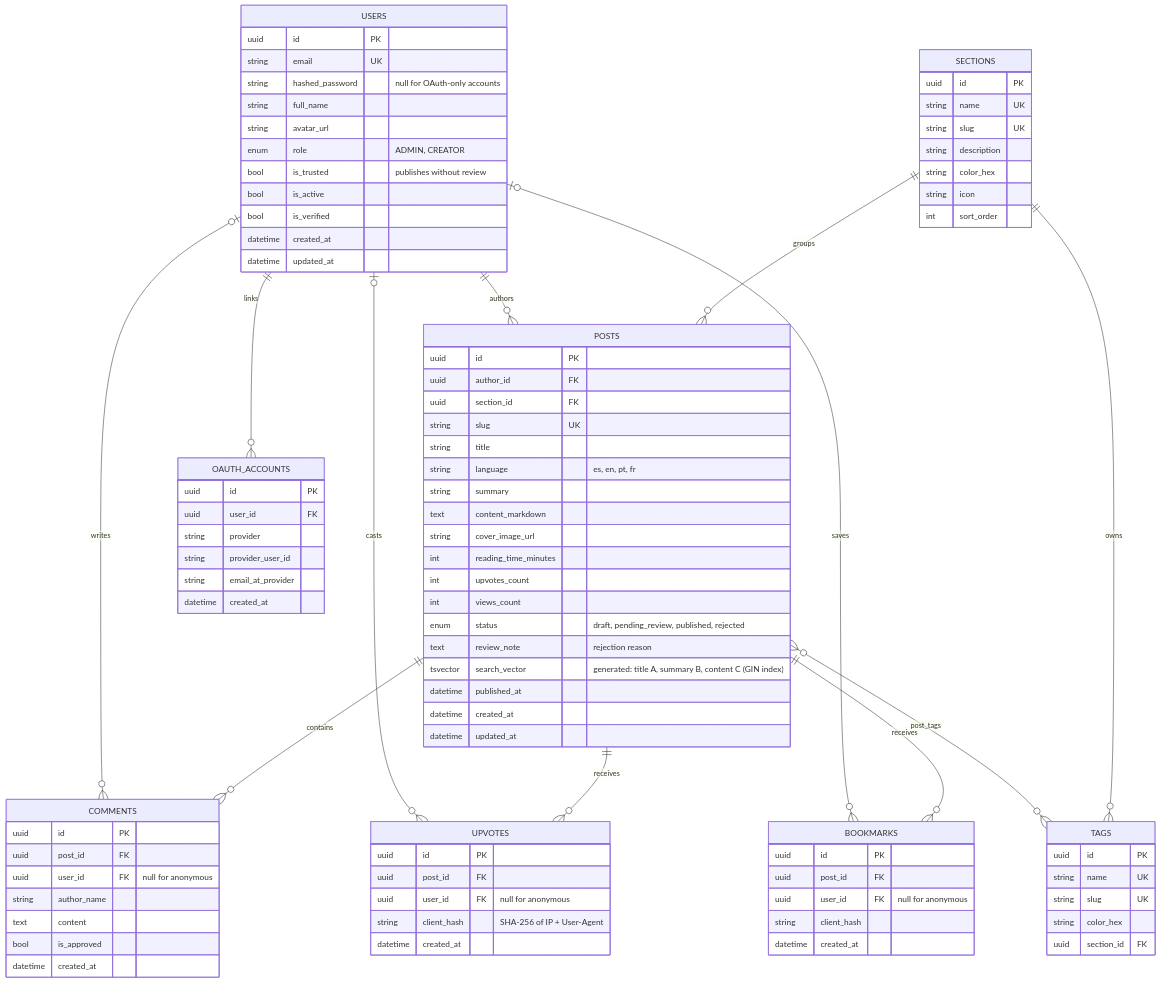
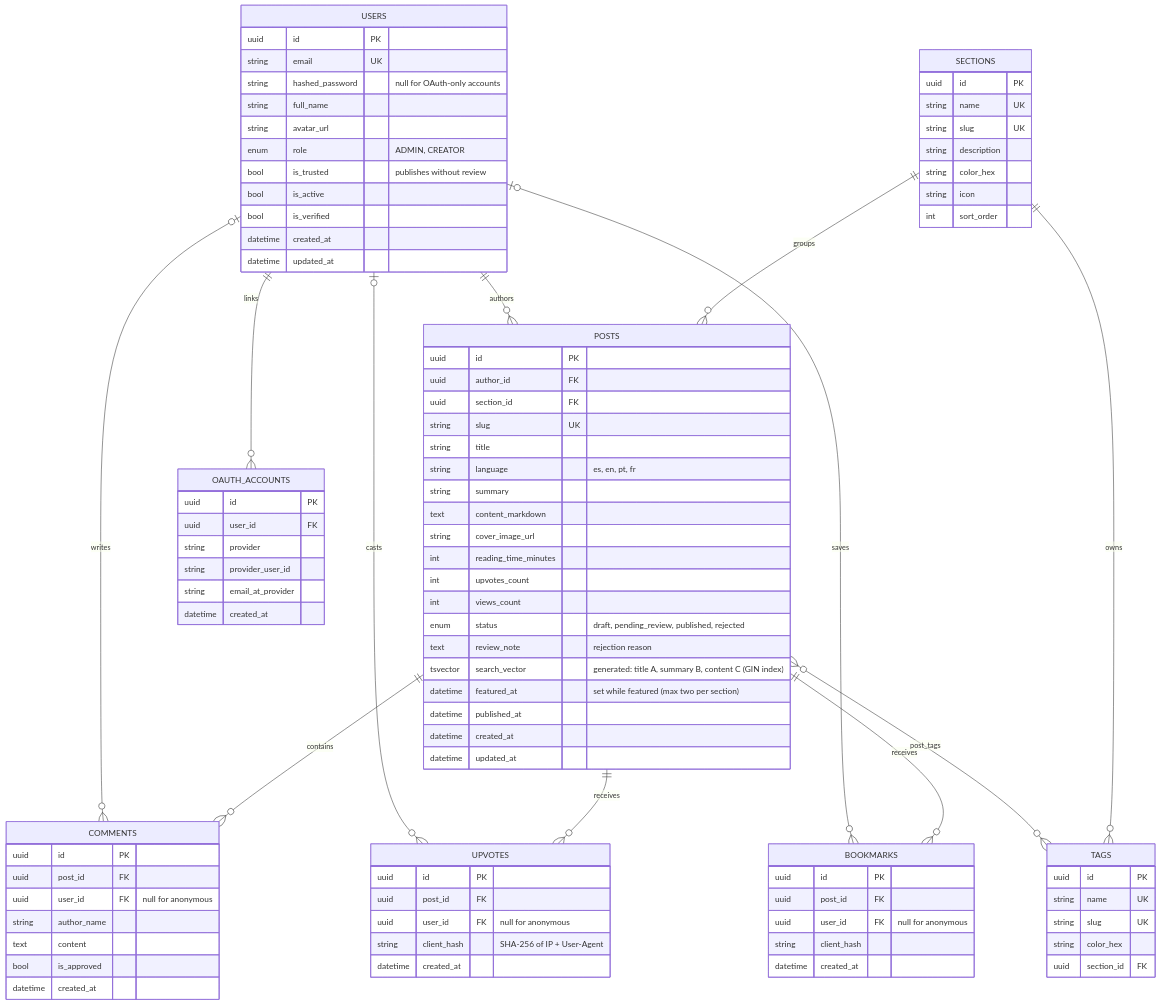
Before and after one commit to AnthoRuiz/DevBlog: the second of 2 diagrams in docs/ARCHITECTURE_E2E.md, drawn with Mermaid. The commit also changed other lines of this file and 1 other file, not shown here.

Commit message:
docs: featured posts

```diff
--- a/docs/ARCHITECTURE_E2E.md
+++ b/docs/ARCHITECTURE_E2E.md
@@ -212,6 +212,7 @@
         enum status "draft, pending_review, published, rejected"
         text review_note "rejection reason"
         tsvector search_vector "generated: title A, summary B, content C (GIN index)"
+        datetime featured_at "set while featured (max two per section)"
         datetime published_at
         datetime created_at
         datetime updated_at
```
